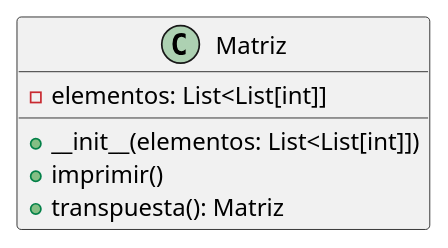
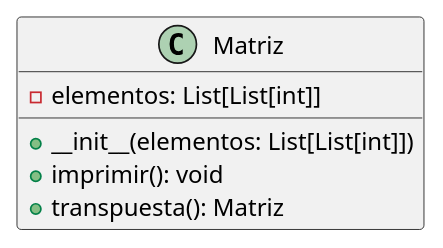
The diagram in plant UML/ejercicio1.puml (crltsnch/Principios-generales), drawn with PlantUML before and after one commit.

```diff
--- a/plant UML/ejercicio1.puml
+++ b/plant UML/ejercicio1.puml
@@ -1,10 +1,10 @@
 @startuml
 
 class Matriz {
-  - elementos: List<List[int]]
-  + __init__(elementos: List<List[int]])
-  + imprimir()
+  - elementos: List[List[int]]
+  + __init__(elementos: List[List[int]])
+  + imprimir(): void
   + transpuesta(): Matriz
 }
 
 @enduml
```
